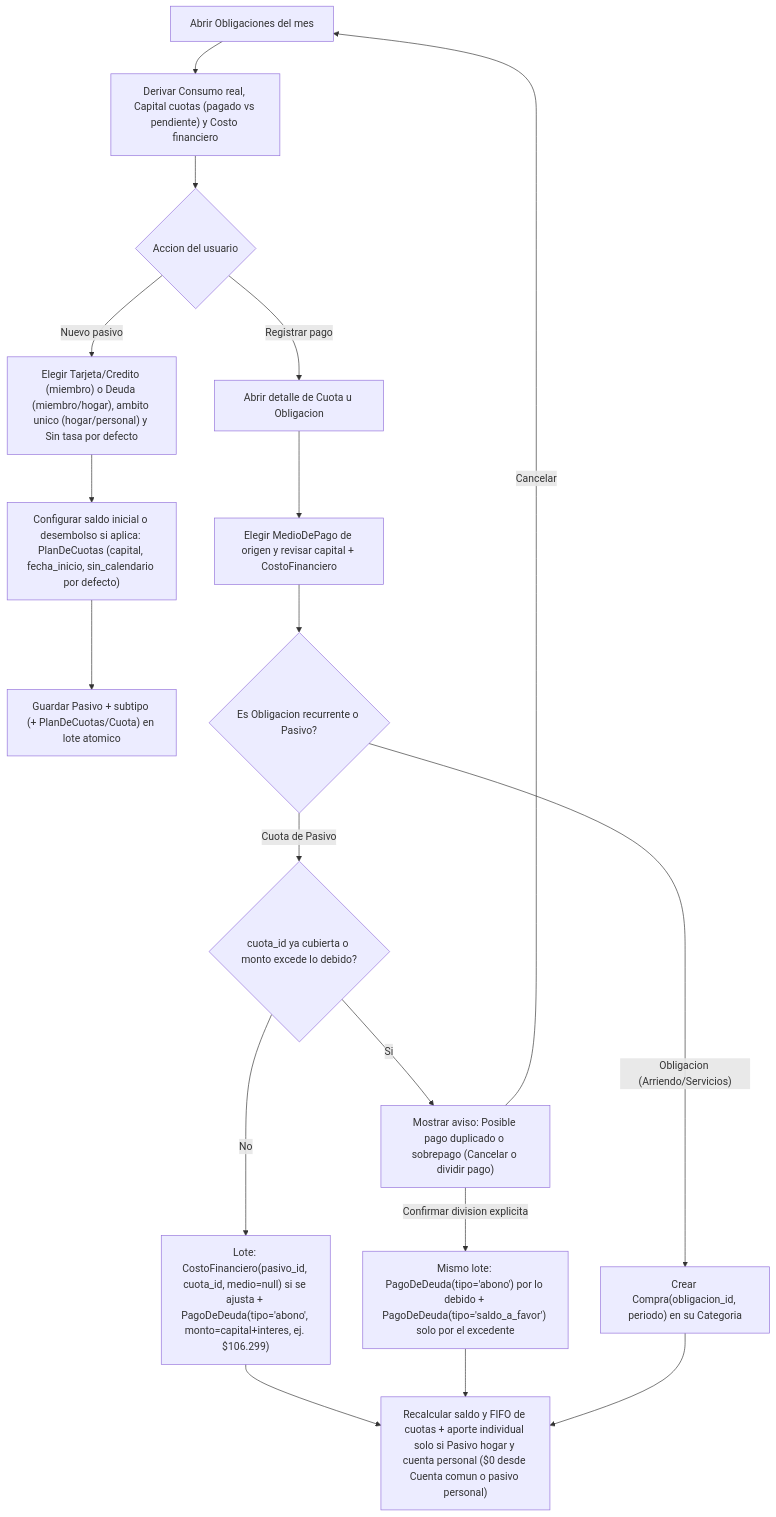
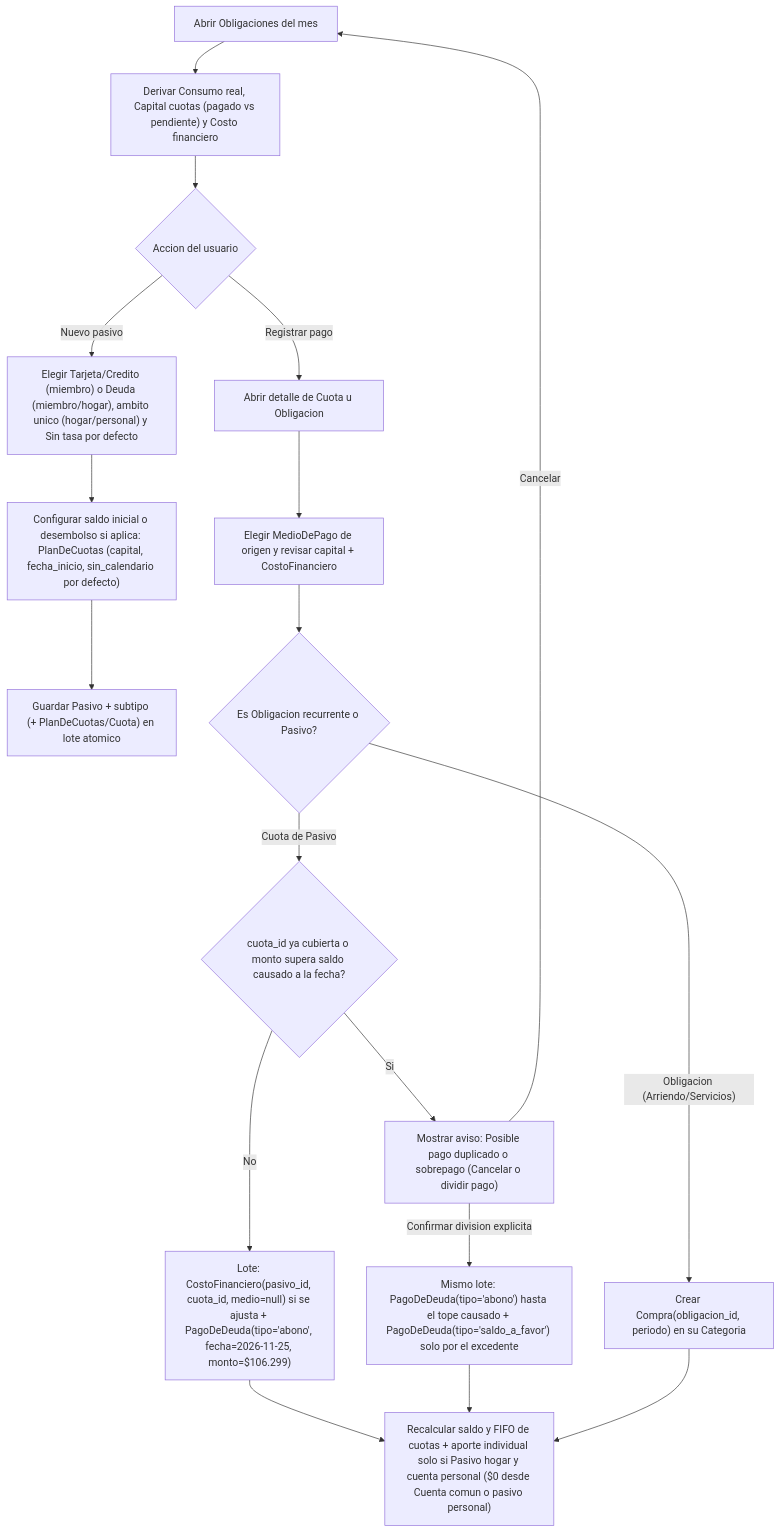
The diagram in docs/flows/obligaciones-del-mes.md (meperdev/hogar-app), drawn with Mermaid before and after one commit. The commit also changed other lines of this file and 4 other files, not shown here.

Commit message:
design: ingreso fijo por serie y pago de la Visa al vencimiento

````diff
--- a/docs/flows/obligaciones-del-mes.md
+++ b/docs/flows/obligaciones-del-mes.md
@@ -92,20 +94,20 @@
 ```mermaid
 flowchart TD
     A["Abrir Obligaciones del mes"] --> B["Derivar Consumo real, Capital cuotas (pagado vs pendiente) y Costo financiero"]
     B --> C{"Accion del usuario"}
     C -- "Nuevo pasivo" --> D["Elegir Tarjeta/Credito (miembro) o Deuda (miembro/hogar), ambito unico (hogar/personal) y Sin tasa por defecto"]
     D --> E["Configurar saldo inicial o desembolso si aplica: PlanDeCuotas (capital, fecha_inicio, sin_calendario por defecto)"]
     E --> F["Guardar Pasivo + subtipo (+ PlanDeCuotas/Cuota) en lote atomico"]
     C -- "Registrar pago" --> I["Abrir detalle de Cuota u Obligacion"]
     I --> J["Elegir MedioDePago de origen y revisar capital + CostoFinanciero"]
     J --> K{"Es Obligacion recurrente o Pasivo?"}
     K -- "Obligacion (Arriendo/Servicios)" --> P["Crear Compra(obligacion_id, periodo) en su Categoria"]
-    K -- "Cuota de Pasivo" --> L{"cuota_id ya cubierta o monto excede lo debido?"}
+    K -- "Cuota de Pasivo" --> L{"cuota_id ya cubierta o monto supera saldo causado a la fecha?"}
     L -- Si --> M["Mostrar aviso: Posible pago duplicado o sobrepago (Cancelar o dividir pago)"]
     M -- Cancelar --> A
-    M -- "Confirmar division explicita" --> O2["Mismo lote: PagoDeDeuda(tipo='abono') por lo debido + PagoDeDeuda(tipo='saldo_a_favor') solo por el excedente"]
-    L -- No --> O["Lote: CostoFinanciero(pasivo_id, cuota_id, medio=null) si se ajusta + PagoDeDeuda(tipo='abono', monto=capital+interes, ej. $106.299)"]
+    M -- "Confirmar division explicita" --> O2["Mismo lote: PagoDeDeuda(tipo='abono') hasta el tope causado + PagoDeDeuda(tipo='saldo_a_favor') solo por el excedente"]
+    L -- No --> O["Lote: CostoFinanciero(pasivo_id, cuota_id, medio=null) si se ajusta + PagoDeDeuda(tipo='abono', fecha=2026-11-25, monto=$106.299)"]
     O --> R["Recalcular saldo y FIFO de cuotas + aporte individual solo si Pasivo hogar y cuenta personal ($0 desde Cuenta comun o pasivo personal)"]
     O2 --> R
     P --> R
 ```
````
